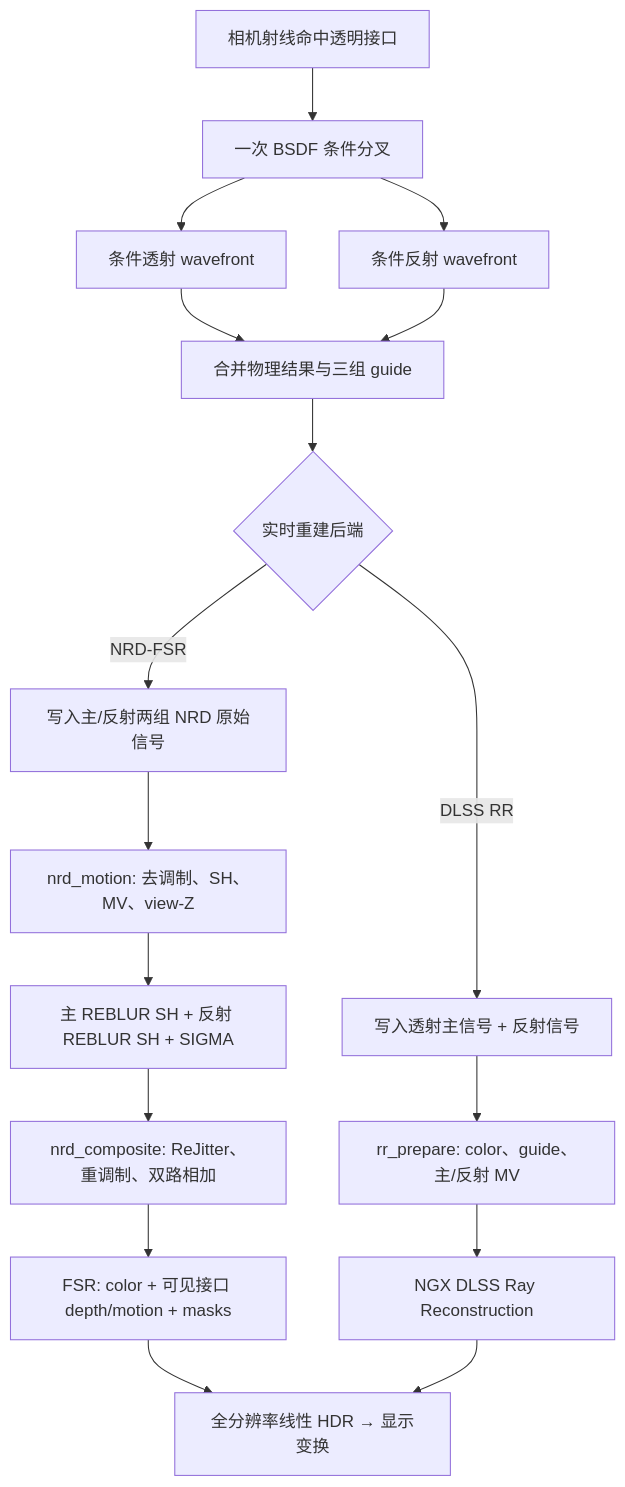
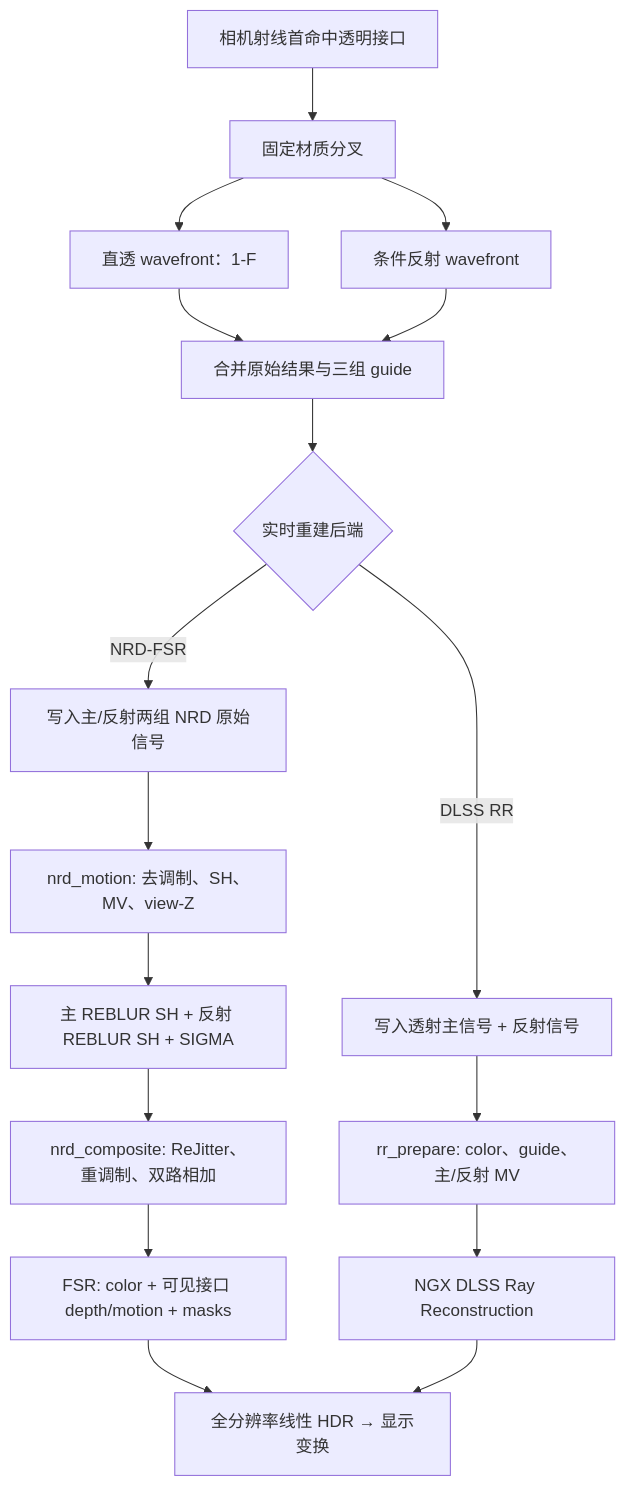
The diagram in docs/透明渲染与实时重建.md (187J3X1-114514/prime), drawn with Mermaid before and after one commit. The commit also changed other lines of this file and 39 other files, not shown here.

````diff
--- a/docs/透明渲染与实时重建.md
+++ b/docs/透明渲染与实时重建.md
@@ -30,21 +30,21 @@
 ```mermaid
 flowchart TD
-    A["相机射线命中透明接口"] --> B["一次 BSDF 条件分叉"]
-    B --> T["条件透射 wavefront"]
+    A["相机射线首命中透明接口"] --> B["固定材质分叉"]
+    B --> T["直透 wavefront：1-F"]
     B --> R["条件反射 wavefront"]
-    T --> M["合并物理结果与三组 guide"]
+    T --> M["合并原始结果与三组 guide"]
     R --> M
     M --> S{"实时重建后端"}
 
     S -->|NRD-FSR| N0["写入主/反射两组 NRD 原始信号"]
     N0 --> N1["nrd_motion: 去调制、SH、MV、view-Z"]
     N1 --> N2["主 REBLUR SH + 反射 REBLUR SH + SIGMA"]
     N2 --> N3["nrd_composite: ReJitter、重调制、双路相加"]
     N3 --> F["FSR: color + 可见接口 depth/motion + masks"]
     F --> D["全分辨率线性 HDR → 显示变换"]
 
     S -->|DLSS RR| Q0["写入透射主信号 + 反射信号"]
     Q0 --> Q1["rr_prepare: color、guide、主/反射 MV"]
     Q1 --> Q2["NGX DLSS Ray Reconstruction"]
     Q2 --> D
 ```
````
